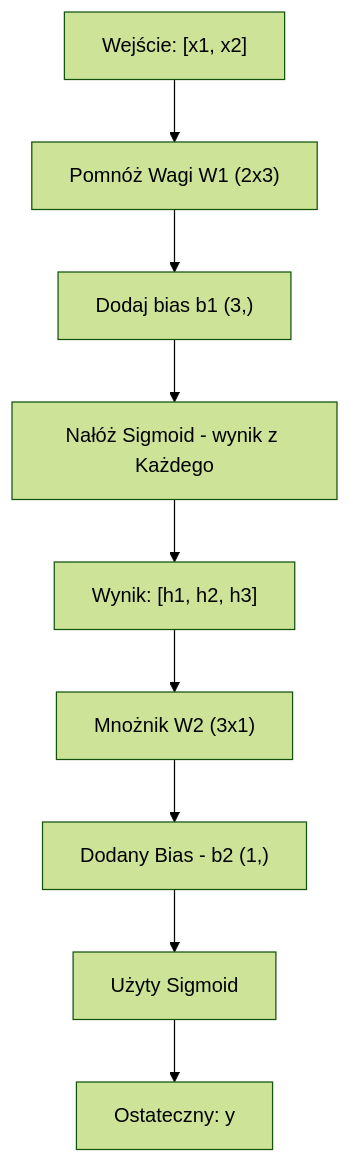
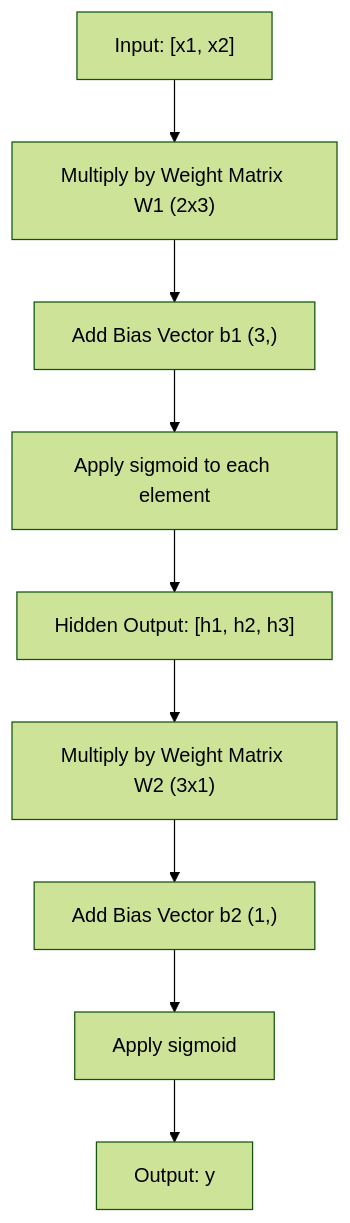
The second of 3 diagrams in phases/03-deep-learning-core/02-multi-layer-networks/docs/pl.md (tarze07/LLM_Traning), drawn with Mermaid (forest theme) before and after one commit. The commit also changed other lines of this file, not shown here.

````diff
--- a/phases/03-deep-learning-core/02-multi-layer-networks/docs/pl.md
+++ b/phases/03-deep-learning-core/02-multi-layer-networks/docs/pl.md
@@ -87,11 +88,11 @@
 ```mermaid
 graph TD
-    X["Wejście: [x1, x2]"] --> WH["Pomnóż Wagi W1 (2x3)"]
-    WH --> BH["Dodaj bias b1 (3,)"]
-    BH --> AH["Nałóż Sigmoid - wynik z Każdego"]
-    AH --> H["Wynik: [h1, h2, h3]"]
-    H --> WO["Mnożnik W2 (3x1)"]
-    WO --> BO["Dodany Bias - b2 (1,)"]
-    BO --> AO["Użyty Sigmoid"]
-    AO --> Y["Ostateczny: y"]
+    X["Input: [x1, x2]"] --> WH["Multiply by Weight Matrix W1 (2x3)"]
+    WH --> BH["Add Bias Vector b1 (3,)"]
+    BH --> AH["Apply sigmoid to each element"]
+    AH --> H["Hidden Output: [h1, h2, h3]"]
+    H --> WO["Multiply by Weight Matrix W2 (3x1)"]
+    WO --> BO["Add Bias Vector b2 (1,)"]
+    BO --> AO["Apply sigmoid"]
+    AO --> Y["Output: y"]
 ```
````
